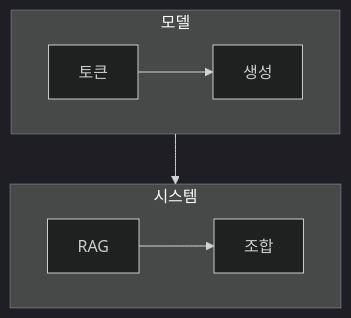
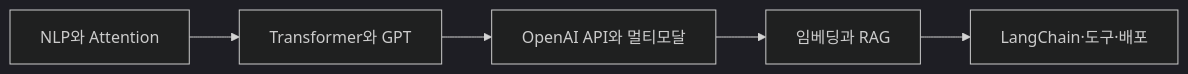
One commit to umyunsang/edu changed the diagram in ComputerScience/03_ai-ml-data/large-language-models/README.md. Above: the diagram before and after it, drawn with Mermaid (dark theme). The commit also changed other lines of this file and 2 other files, not shown here.

Commit message:
Auto-save: Updated ComputerScience/03_ai-ml-data/large-language-models/README.md, ComputerScience/03_ai-ml-data/large-language-models/index.md, ComputerScience/03_ai-ml-data/large-language-models/notes/144. OpenAI API 키·결제·환경변수.md

````diff
--- a/ComputerScience/03_ai-ml-data/large-language-models/README.md
+++ b/ComputerScience/03_ai-ml-data/large-language-models/README.md
@@ -21,12 +31,7 @@
 ```mermaid
-flowchart TB
-    subgraph Model[모델]
-        direction LR
-        A[토큰] --> B[생성]
-    end
-    subgraph System[시스템]
-        direction LR
-        C[RAG] --> D[조합]
-    end
-    B --> C
+flowchart LR
+    A["NLP와 Attention"] --> B["Transformer와 GPT"]
+    B --> C["OpenAI API와 멀티모달"]
+    C --> D["임베딩과 RAG"]
+    D --> E["LangChain·도구·배포"]
 ```
````
